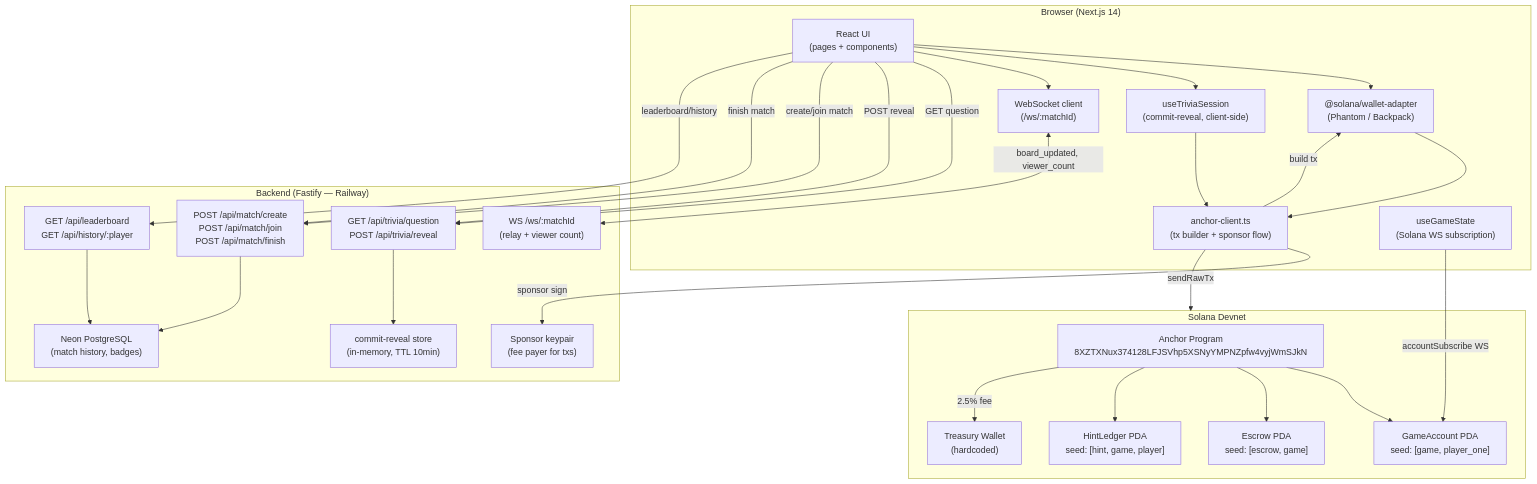
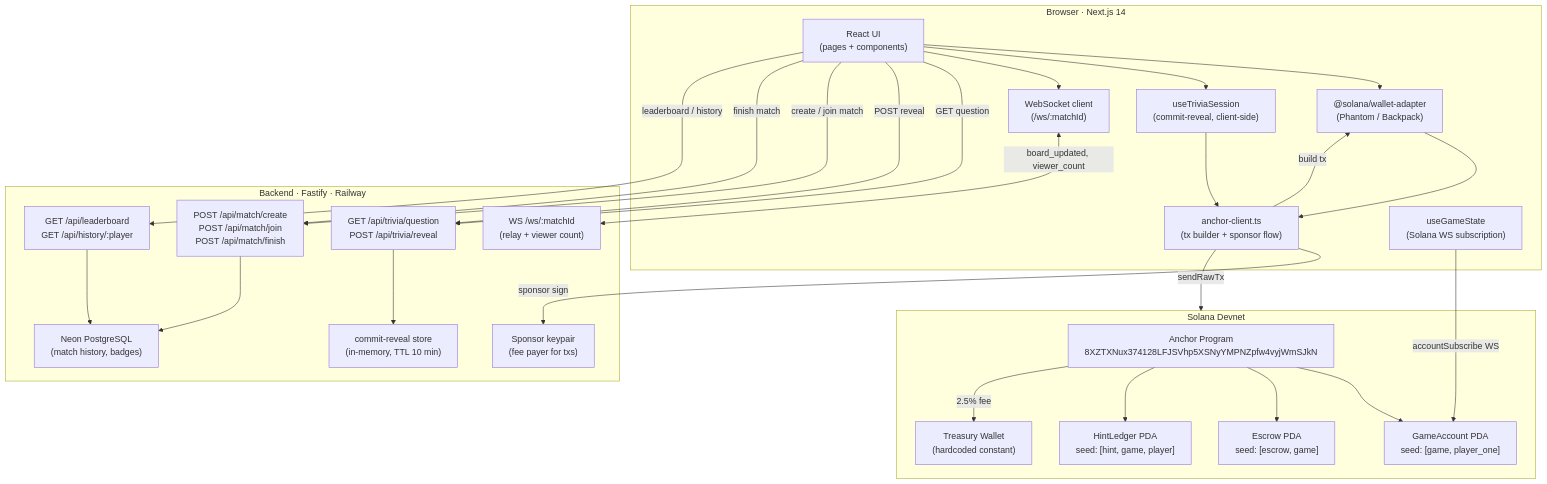
The first of 4 diagrams in docs/ARCHITECTURE.md (im-f-nuel/MinDDuel), drawn with Mermaid before and after one commit. The commit also changed other lines of this file and 6 other files, not shown here.

````diff
--- a/docs/ARCHITECTURE.md
+++ b/docs/ARCHITECTURE.md
@@ -21,57 +17,57 @@
 ```mermaid
 flowchart TB
-    subgraph Browser["Browser (Next.js 14)"]
+    subgraph Browser["Browser · Next.js 14"]
         UI["React UI\n(pages + components)"]
         WA["@solana/wallet-adapter\n(Phantom / Backpack)"]
         AC["anchor-client.ts\n(tx builder + sponsor flow)"]
         TS["useTriviaSession\n(commit-reveal, client-side)"]
         GS["useGameState\n(Solana WS subscription)"]
-        WS_CLIENT["WebSocket client\n(/ws/:matchId)"]
+        WSC["WebSocket client\n(/ws/:matchId)"]
     end
 
-    subgraph Backend["Backend (Fastify — Railway)"]
+    subgraph Backend["Backend · Fastify · Railway"]
         TR["GET /api/trivia/question\nPOST /api/trivia/reveal"]
         MR["POST /api/match/create\nPOST /api/match/join\nPOST /api/match/finish"]
         SR["GET /api/leaderboard\nGET /api/history/:player"]
-        WS_SRV["WS /ws/:matchId\n(relay + viewer count)"]
+        WSS["WS /ws/:matchId\n(relay + viewer count)"]
         DB["Neon PostgreSQL\n(match history, badges)"]
-        CR["commit-reveal store\n(in-memory, TTL 10min)"]
+        CR["commit-reveal store\n(in-memory, TTL 10 min)"]
         SP["Sponsor keypair\n(fee payer for txs)"]
     end
 
     subgraph Solana["Solana Devnet"]
         PG["Anchor Program\n8XZTXNux374128LFJSVhp5XSNyYMPNZpfw4vyjWmSJkN"]
         GA["GameAccount PDA\nseed: [game, player_one]"]
         EA["Escrow PDA\nseed: [escrow, game]"]
         HL["HintLedger PDA\nseed: [hint, game, player]"]
-        TR_W["Treasury Wallet\n(hardcoded)"]
+        TW["Treasury Wallet\n(hardcoded constant)"]
     end
 
     UI --> WA
     UI --> TS
-    UI --> WS_CLIENT
+    UI --> WSC
     WA --> AC
     TS --> AC
     AC -->|"build tx"| WA
     AC -->|"sponsor sign"| SP
     AC -->|"sendRawTx"| Solana
 
     UI -->|"GET question"| TR
     UI -->|"POST reveal"| TR
     TR --> CR
 
-    UI -->|"create/join match"| MR
+    UI -->|"create / join match"| MR
     UI -->|"finish match"| MR
     MR --> DB
 
-    UI -->|"leaderboard/history"| SR
+    UI -->|"leaderboard / history"| SR
     SR --> DB
 
     GS -->|"accountSubscribe WS"| GA
-    WS_CLIENT <-->|"board_updated, viewer_count"| WS_SRV
+    WSC <-->|"board_updated, viewer_count"| WSS
 
     PG --> GA
     PG --> EA
     PG --> HL
-    PG -->|"2.5% fee"| TR_W
+    PG -->|"2.5% fee"| TW
 ```
````
